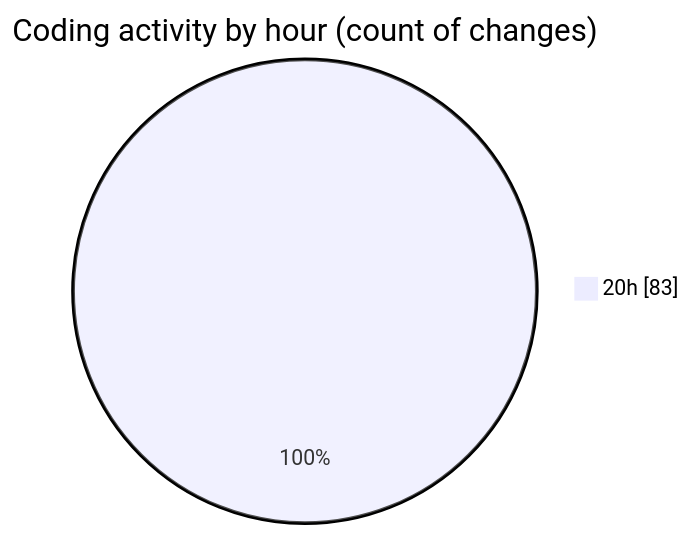
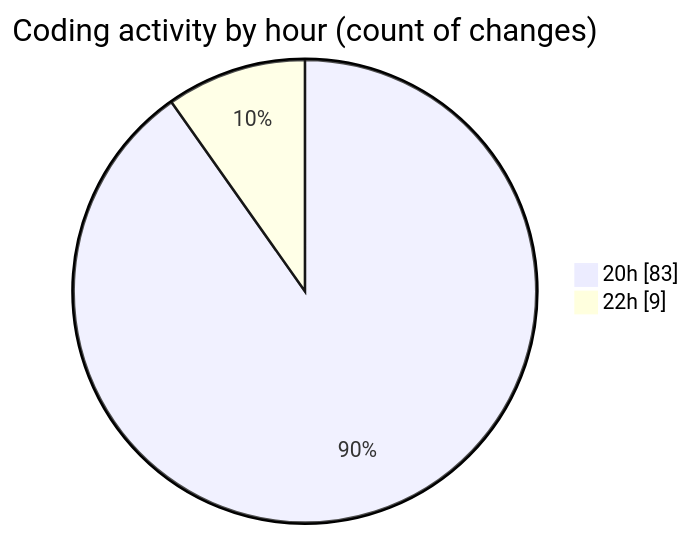
The second of 2 diagrams in 2025-07-26/javascript/README.md (Ritupan-Deka/code-tracking), drawn with Mermaid before and after one commit. The commit also changed other lines of this file and 1 other file, not shown here.

````diff
--- a/2025-07-26/javascript/README.md
+++ b/2025-07-26/javascript/README.md
@@ -28,5 +29,6 @@
 ```mermaid
 pie showData
 title Coding activity by hour (count of changes)
 "20h" : 83
+"22h" : 9
 ```
````
